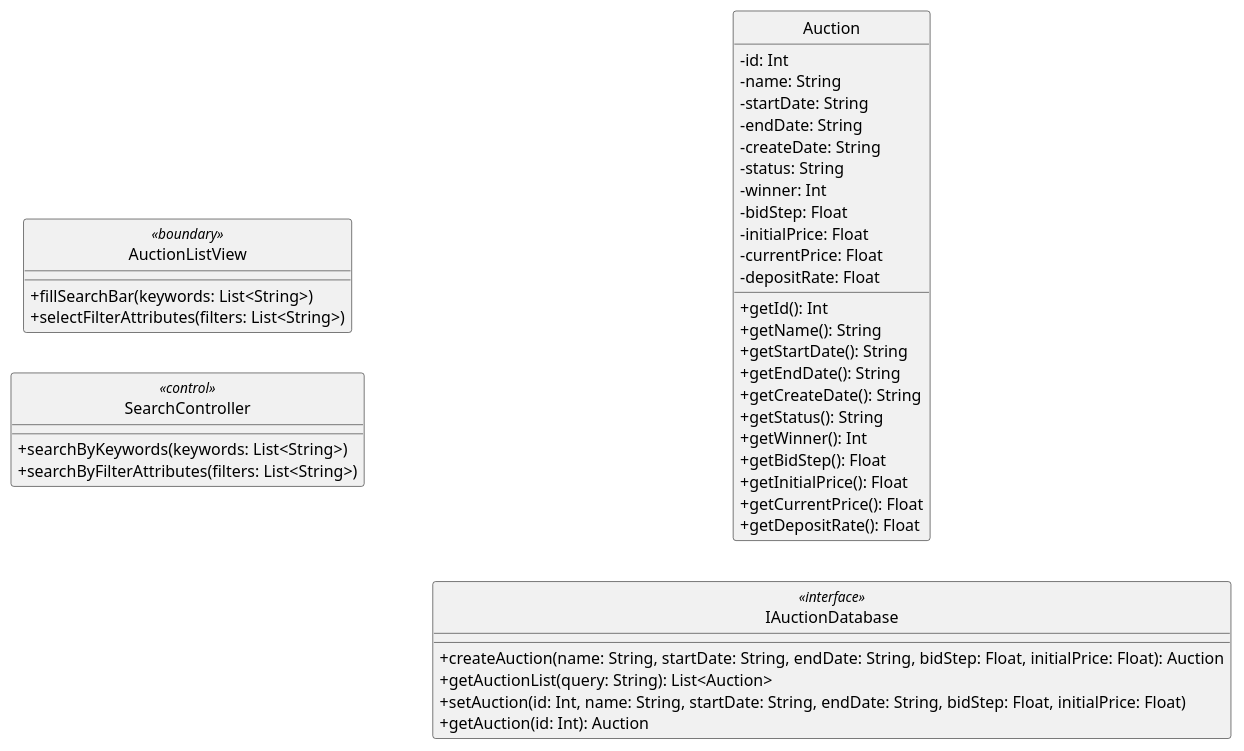
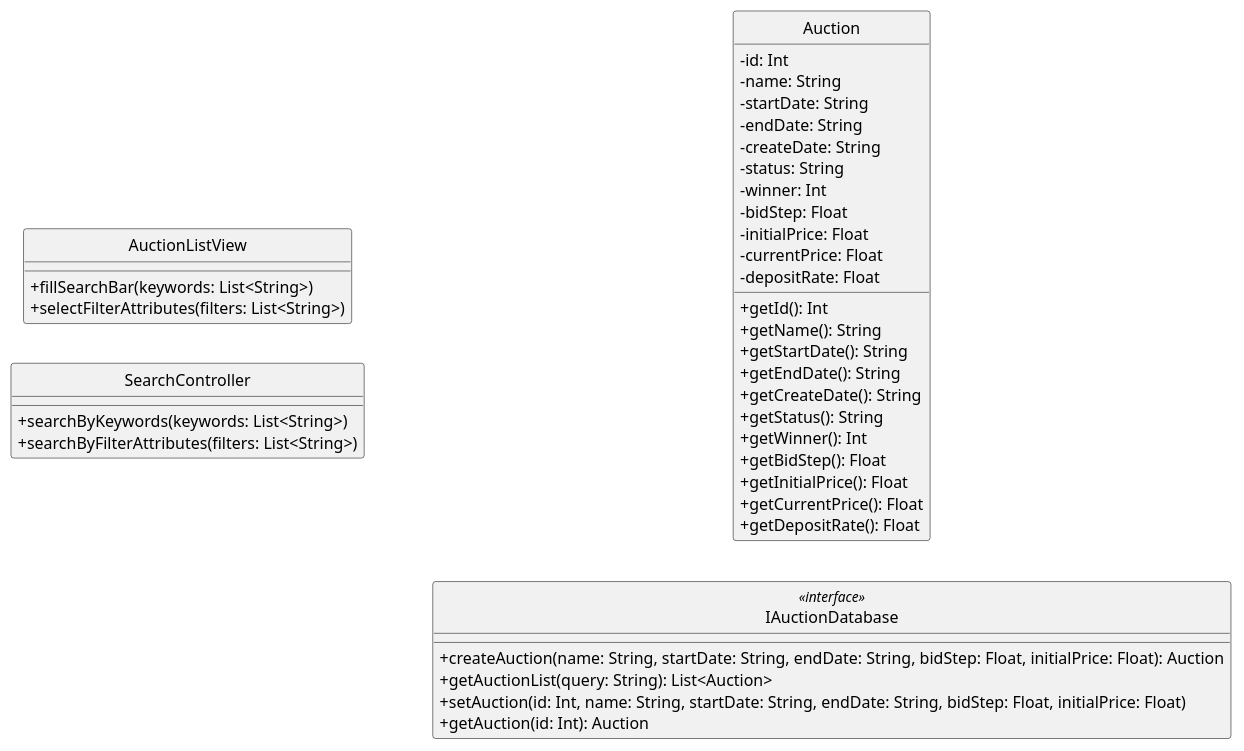
The diagram in uml/design/class/linh/search_for_auction.pu (anhbanlinhle/velocity-exchange), drawn with PlantUML before and after one commit. The commit also changed 1 other file, not shown here.

```diff
--- a/uml/design/class/linh/search_for_auction.pu
+++ b/uml/design/class/linh/search_for_auction.pu
@@ -1,54 +1,54 @@
 @startuml 
 skinparam classAttributeIconSize 0
 skinparam linetype ortho
 left to right direction
 hide circle
-class AuctionListView <<boundary>> {
+class AuctionListView {
 
     + fillSearchBar(keywords: List<String>)
     + selectFilterAttributes(filters: List<String>)
 
     }
 
-class SearchController <<control>> {
+class SearchController {
     
     + searchByKeywords(keywords: List<String>)
     + searchByFilterAttributes(filters: List<String>)
 
     }
 
 class Auction {
     - id: Int
     - name: String
     - startDate: String
     - endDate: String
     - createDate: String
     - status: String
     - winner: Int
     - bidStep: Float
     - initialPrice: Float
     - currentPrice: Float
     - depositRate: Float
 
     + getId(): Int
     + getName(): String
     + getStartDate(): String
     + getEndDate(): String
     + getCreateDate(): String
     + getStatus(): String
     + getWinner(): Int
     + getBidStep(): Float
     + getInitialPrice(): Float
     + getCurrentPrice(): Float
     + getDepositRate(): Float
     }
 
 class IAuctionDatabase <<interface>> {
     + createAuction(name: String, startDate: String, endDate: String, bidStep: Float, initialPrice: Float): Auction
     + getAuctionList(query: String): List<Auction>
     + setAuction(id: Int, name: String, startDate: String, endDate: String, bidStep: Float, initialPrice: Float)
     + getAuction(id: Int): Auction
 }
 
 
 @enduml
```
